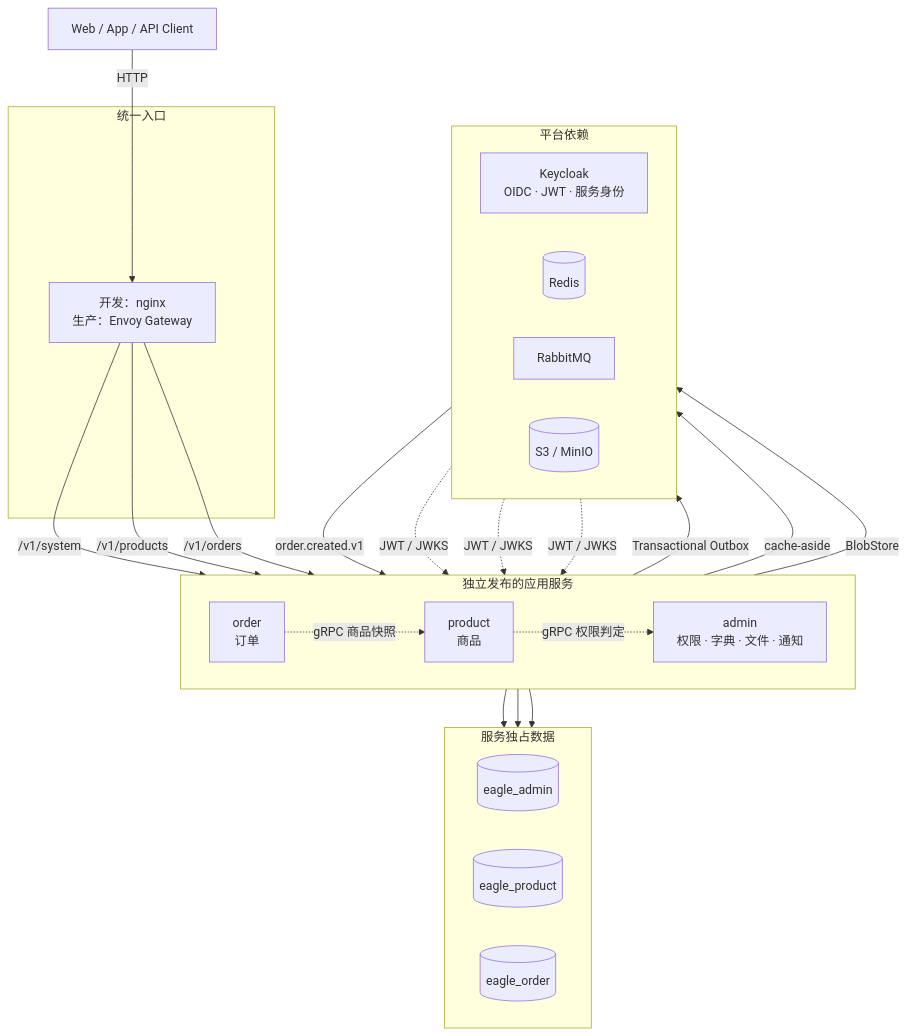
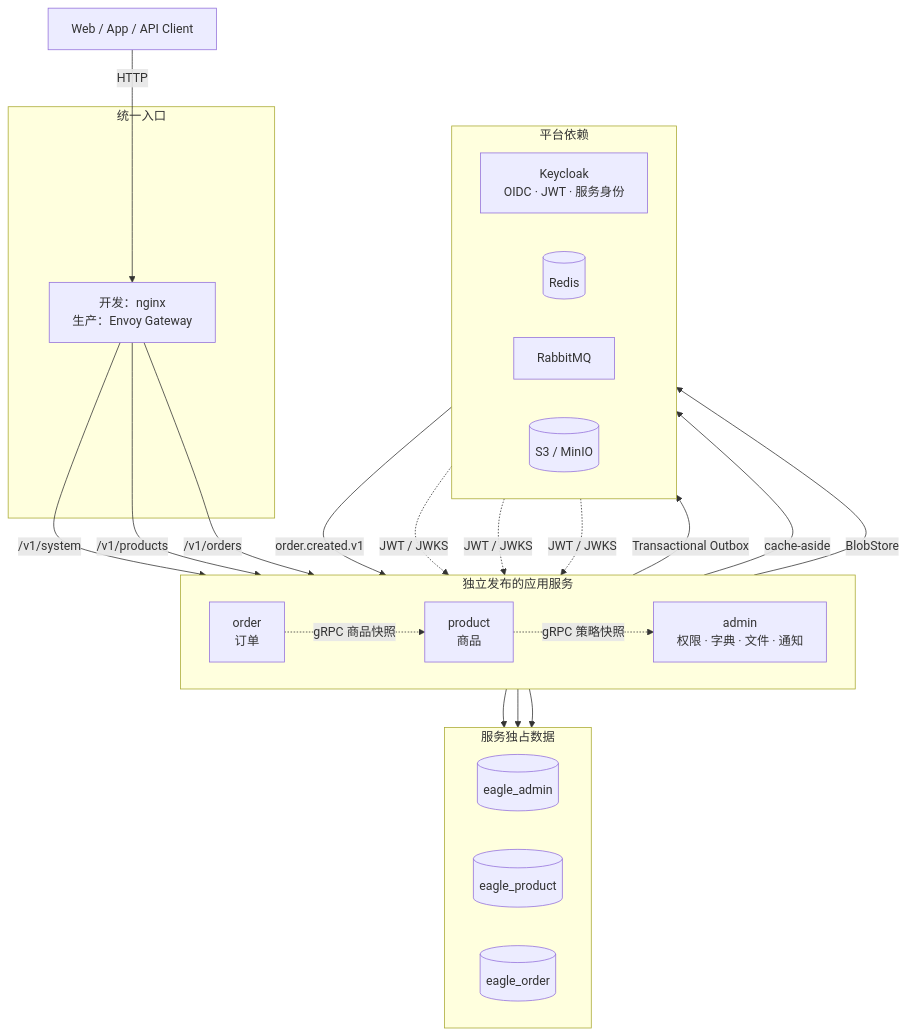
Before and after one commit to sunshixiong789/eagle-go: the diagram in README.md, drawn with Mermaid. The commit also changed other lines of this file and 101 other files, not shown here.

````diff
--- a/README.md
+++ b/README.md
@@ -19,49 +19,49 @@
 ```mermaid
 flowchart TB
     client["Web / App / API Client"]
 
     subgraph edge [统一入口]
         gateway["开发：nginx<br/>生产：Envoy Gateway"]
     end
 
     subgraph services [独立发布的应用服务]
         direction LR
         admin["admin<br/>权限 · 字典 · 文件 · 通知"]
         product["product<br/>商品"]
         order["order<br/>订单"]
     end
 
     subgraph data [服务独占数据]
         direction LR
         admin_db[(eagle_admin)]
         product_db[(eagle_product)]
         order_db[(eagle_order)]
     end
 
     subgraph platform [平台依赖]
         direction LR
         keycloak["Keycloak<br/>OIDC · JWT · 服务身份"]
         redis[(Redis)]
         rabbitmq["RabbitMQ"]
         object_store[(S3 / MinIO)]
     end
 
     client -->|HTTP| gateway
     gateway -->|/v1/system| admin
     gateway -->|/v1/products| product
     gateway -->|/v1/orders| order
 
-    product -.->|gRPC 权限判定| admin
+    product -.->|gRPC 策略快照| admin
     order -.->|gRPC 商品快照| product
     order -->|Transactional Outbox| rabbitmq
     rabbitmq -->|order.created.v1| admin
 
     admin --> admin_db
     product --> product_db
     order --> order_db
     product -->|cache-aside| redis
     admin -->|BlobStore| object_store
     keycloak -.->|JWT / JWKS| admin
     keycloak -.->|JWT / JWKS| product
     keycloak -.->|JWT / JWKS| order
 ```
````
